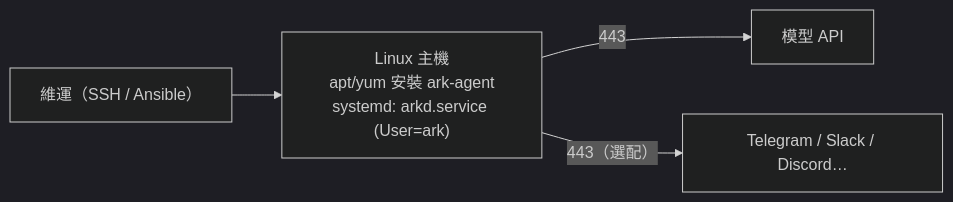
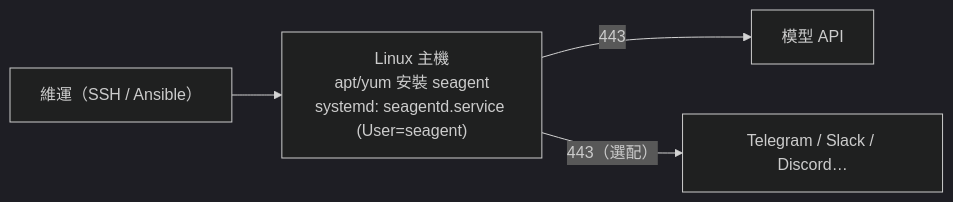
One commit to Noob-2006/Bulge changed the second of 5 diagrams in docs/enterprise/deployment-architecture.md. Above: the diagram before and after it, drawn with Mermaid (dark theme). The commit also changed other lines of this file and 2103 other files, not shown here.

````diff
--- a/docs/enterprise/deployment-architecture.md
+++ b/docs/enterprise/deployment-architecture.md
@@ -33,6 +33,6 @@
 ```mermaid
 flowchart LR
-  admin["維運（SSH / Ansible）"] --> vm["Linux 主機<br/>apt/yum 安裝 ark-agent<br/>systemd: arkd.service (User=ark)"]
+  admin["維運（SSH / Ansible）"] --> vm["Linux 主機<br/>apt/yum 安裝 seagent<br/>systemd: seagentd.service (User=seagent)"]
   vm -->|"443"| llm["模型 API"]
   vm -->|"443（選配）"| tg["Telegram / Slack / Discord…"]
 ```
````
